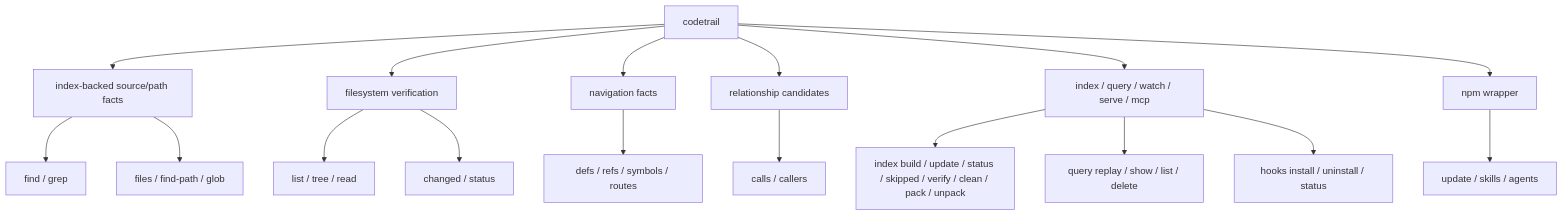
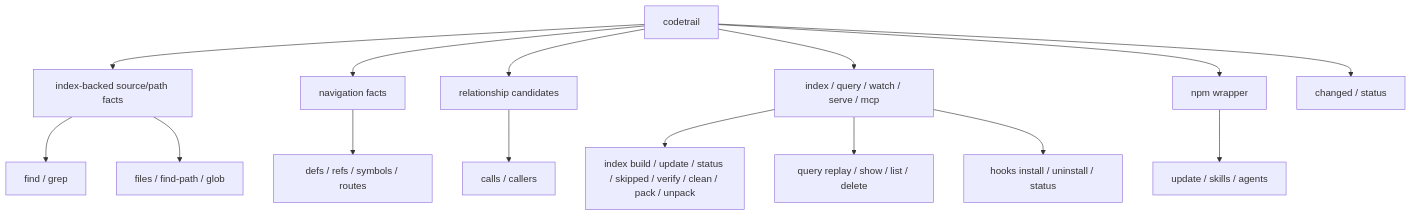
One commit to mars167/CodeTrail changed the first of 2 diagrams in docs/02-command-contract.md. Above: the diagram before and after it, drawn with Mermaid. The commit also changed other lines of this file and 26 other files, not shown here.

````diff
--- a/docs/02-command-contract.md
+++ b/docs/02-command-contract.md
@@ -7,20 +7,18 @@
 ```mermaid
 flowchart TB
   CS["codetrail"] --> L0["index-backed source/path facts"]
-  CS --> FS["filesystem verification"]
   CS --> L1["navigation facts"]
   CS --> L2["relationship candidates"]
   CS --> Ops["index / query / watch / serve / mcp"]
   CS --> Wrapper["npm wrapper"]
 
   L0 --> Search["find / grep"]
   L0 --> Paths["files / find-path / glob"]
-  FS --> Read["list / tree / read"]
-  FS --> State["changed / status"]
+  CS --> State["changed / status"]
   L1 --> Nav["defs / refs / symbols / routes"]
   L2 --> Calls["calls / callers"]
   Ops --> Index["index build / update / status / skipped / verify / clean / pack / unpack"]
   Ops --> Query["query replay / show / list / delete"]
   Ops --> Hooks["hooks install / uninstall / status"]
   Wrapper --> WrapperCmds["update / skills / agents"]
 ```
````
